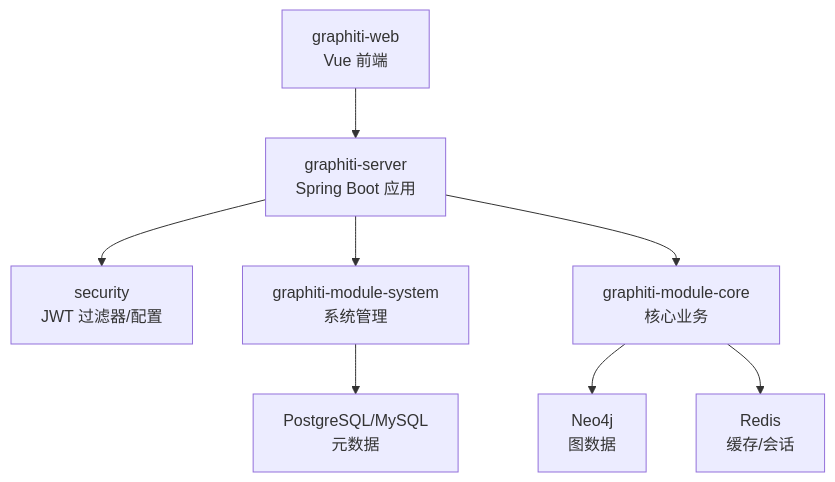
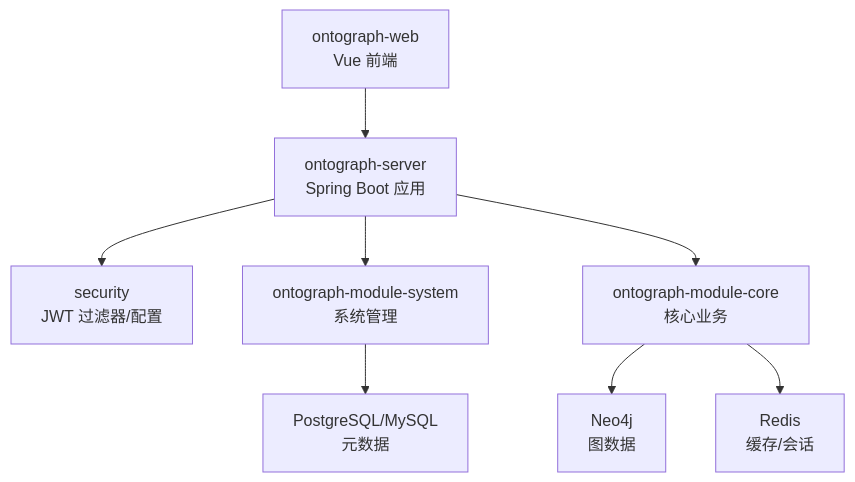
Before and after one commit to joezxh/graphiti-java: the second of 4 diagrams in docs/manual/最佳实践/架构设计实践.md, drawn with Mermaid. The commit also changed other lines of this file and 200 other files, not shown here.

````diff
--- a/docs/manual/最佳实践/架构设计实践.md
+++ b/docs/manual/最佳实践/架构设计实践.md
@@ -110,10 +110,10 @@
 ```mermaid
 graph TB
-FE["graphiti-web<br/>Vue 前端"] --> BE["graphiti-server<br/>Spring Boot 应用"]
+FE["ontograph-web<br/>Vue 前端"] --> BE["ontograph-server<br/>Spring Boot 应用"]
 BE --> SEC["security<br/>JWT 过滤器/配置"]
-BE --> SYS["graphiti-module-system<br/>系统管理"]
-BE --> CORE["graphiti-module-core<br/>核心业务"]
+BE --> SYS["ontograph-module-system<br/>系统管理"]
+BE --> CORE["ontograph-module-core<br/>核心业务"]
 SYS --> META["PostgreSQL/MySQL<br/>元数据"]
 CORE --> GRAPH["Neo4j<br/>图数据"]
 CORE --> CACHE["Redis<br/>缓存/会话"]
 ```
````
